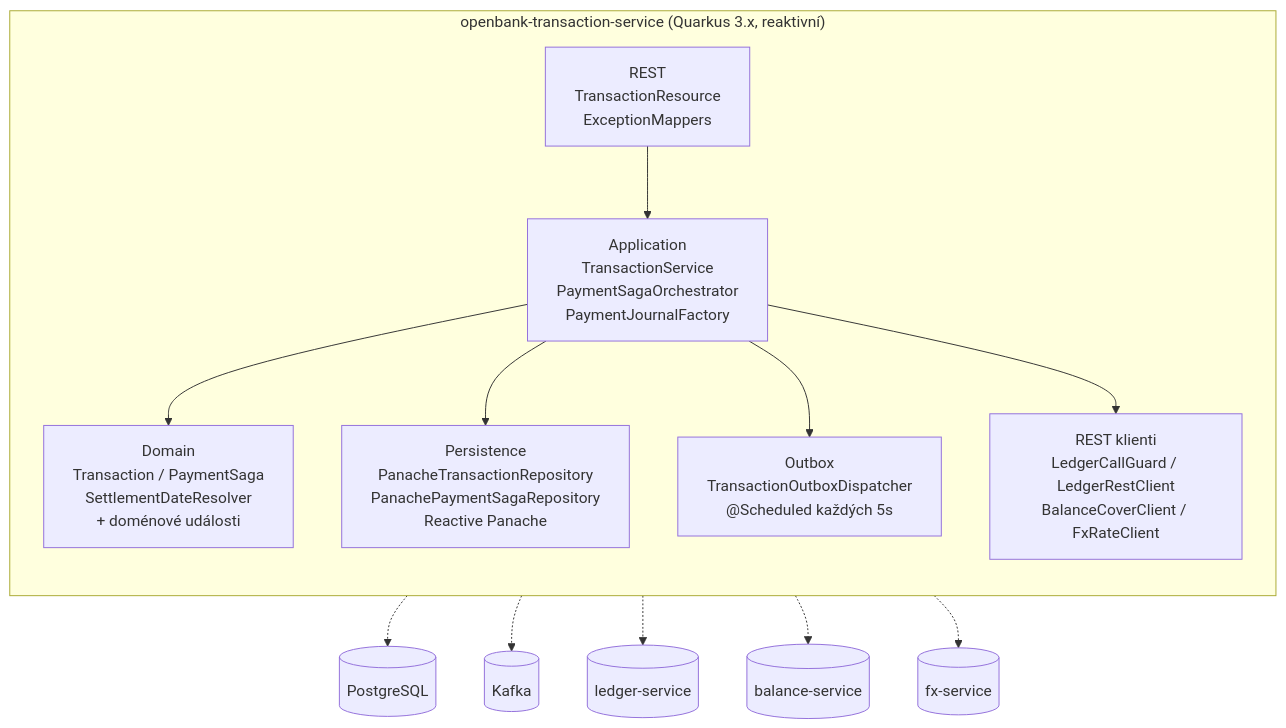
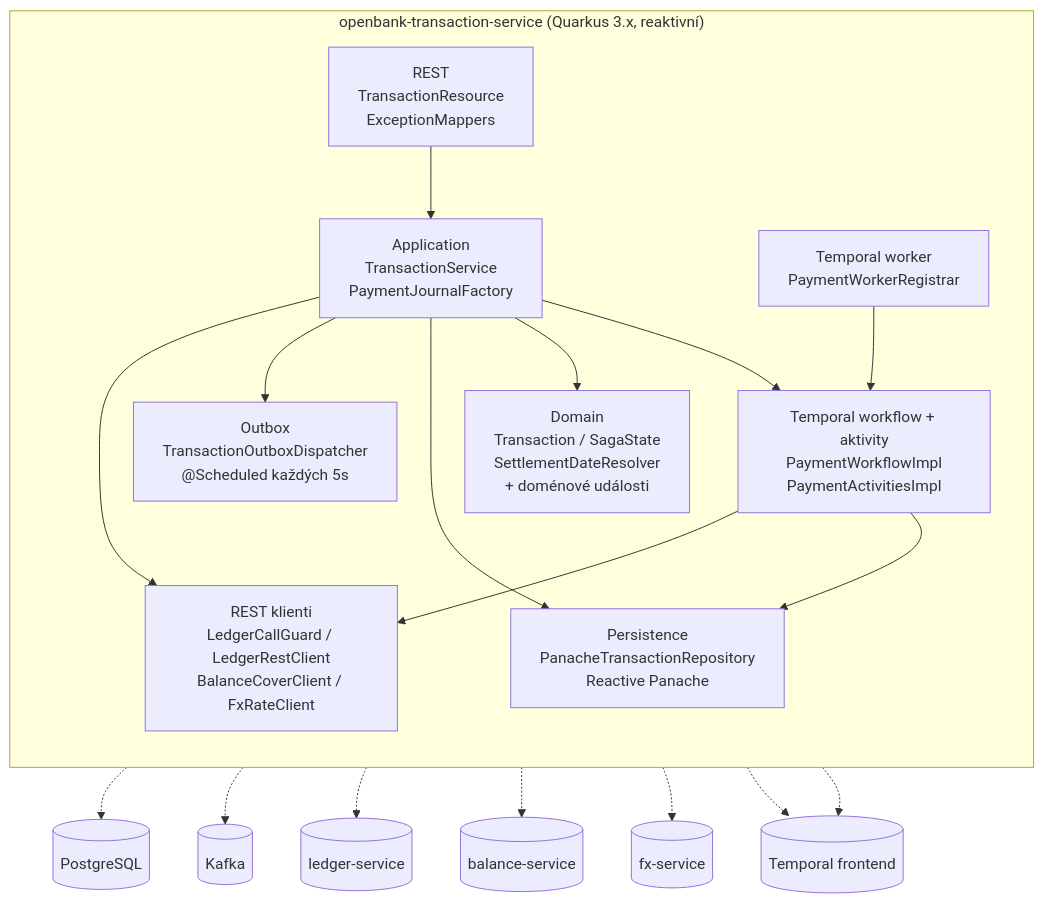
Before and after one commit to JiRaska/open-bank-oss: the second of 4 diagrams in openbank-transaction-service/src/main/resources/docs/02-architecture.cs.md, drawn with Mermaid. The commit also changed other lines of this file and 1 other file, not shown here.

Commit message:
docs(transaction): describe Temporal payment workflow

````diff
--- a/openbank-transaction-service/src/main/resources/docs/02-architecture.cs.md
+++ b/openbank-transaction-service/src/main/resources/docs/02-architecture.cs.md
@@ -38,24 +40,32 @@
 ```mermaid
 graph TB
   subgraph "openbank-transaction-service (Quarkus 3.x, reaktivní)"
     direction TB
     rest[REST<br/>TransactionResource<br/>ExceptionMappers]
-    uc[Application<br/>TransactionService<br/>PaymentSagaOrchestrator<br/>PaymentJournalFactory]
-    dom[Domain<br/>Transaction / PaymentSaga<br/>SettlementDateResolver<br/>+ doménové události]
-    persist[Persistence<br/>PanacheTransactionRepository<br/>PanachePaymentSagaRepository<br/>Reactive Panache]
+    uc[Application<br/>TransactionService<br/>PaymentJournalFactory]
+    workflow[Temporal workflow + aktivity<br/>PaymentWorkflowImpl<br/>PaymentActivitiesImpl]
+    worker[Temporal worker<br/>PaymentWorkerRegistrar]
+    dom[Domain<br/>Transaction / SagaState<br/>SettlementDateResolver<br/>+ doménové události]
+    persist[Persistence<br/>PanacheTransactionRepository<br/>Reactive Panache]
     outbox["Outbox<br/>TransactionOutboxDispatcher<br/>@Scheduled každých 5s"]
     clients[REST klienti<br/>LedgerCallGuard / LedgerRestClient<br/>BalanceCoverClient / FxRateClient]
   end
 
   rest --> uc
+  uc --> workflow
+  worker --> workflow
   uc --> dom
   uc --> persist
   uc --> outbox
   uc --> clients
+  workflow --> persist
+  workflow --> clients
 
   persist -.-> db[(PostgreSQL)]
   outbox -.-> kafka[(Kafka)]
   clients -.-> led[(ledger-service)]
   clients -.-> bal[(balance-service)]
   clients -.-> fx[(fx-service)]
+  uc -.-> temporal[(Temporal frontend)]
+  worker -.-> temporal
 ```
````
